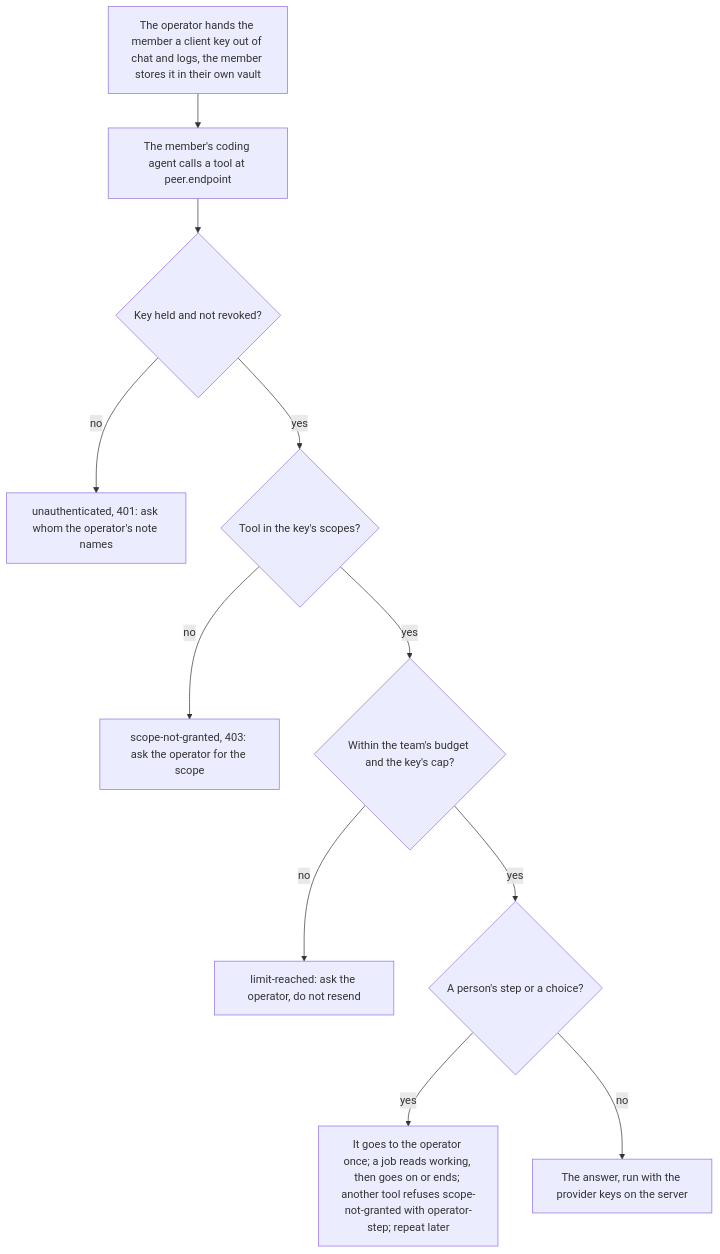
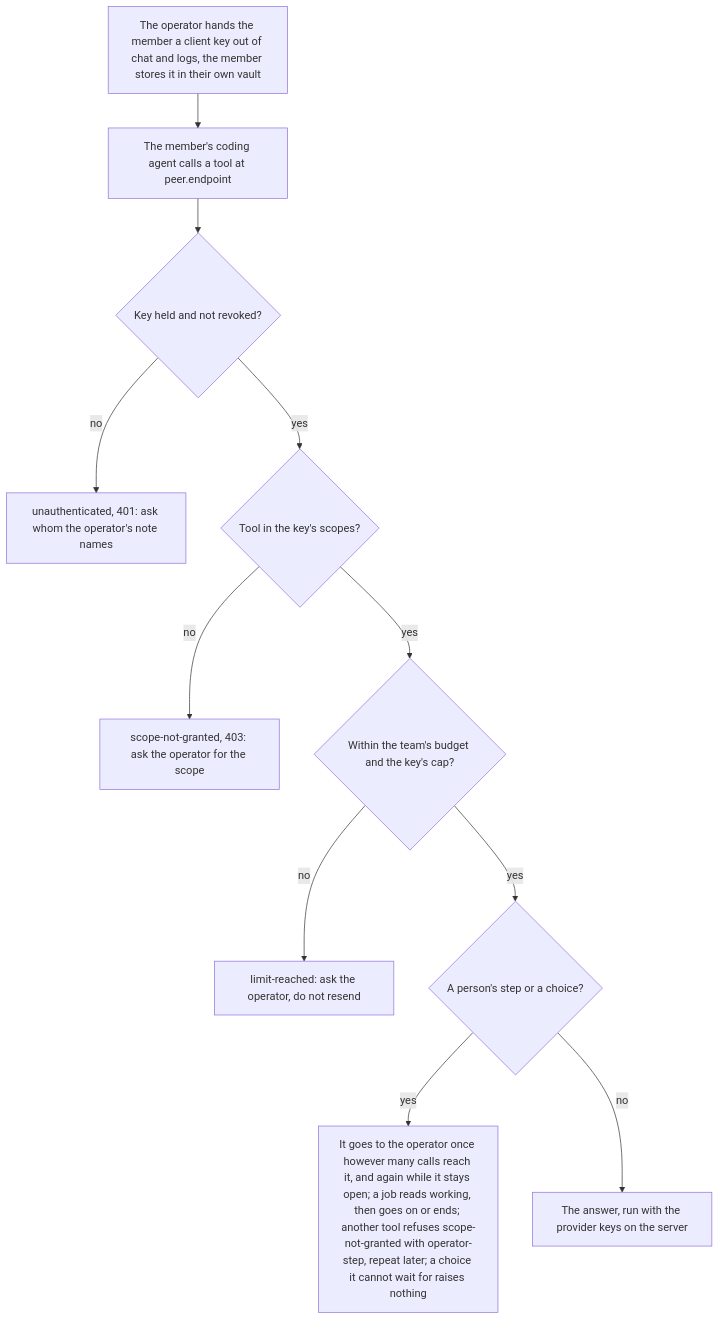
Diagram 35 of 36 in docs/ux/flows.md (passioncode-ai/fabric-agent-contract), drawn with Mermaid before and after one commit. The commit also changed other lines of this file and 8 other files, not shown here.

First line of the commit message:
DEC-0159 round 15 folded: a final issuer-unavailable only without an issuer, a step raised again while open, a member-key job ends without the key

````diff
--- a/docs/ux/flows.md
+++ b/docs/ux/flows.md
@@ -941,13 +941,13 @@
 ```mermaid
 flowchart TD
   K[The operator hands the member a client key out of chat and logs, the member stores it in their own vault] --> C[The member's coding agent calls a tool at peer.endpoint]
   C --> H{Key held and not revoked?}
   H -->|no| U[unauthenticated, 401: ask whom the operator's note names]
   H -->|yes| S{Tool in the key's scopes?}
   S -->|no| G[scope-not-granted, 403: ask the operator for the scope]
   S -->|yes| L{Within the team's budget and the key's cap?}
   L -->|no| M[limit-reached: ask the operator, do not resend]
   L -->|yes| O{A person's step or a choice?}
-  O -->|yes| R[It goes to the operator once; a job reads working, then goes on or ends; another tool refuses scope-not-granted with operator-step; repeat later]
+  O -->|yes| R[It goes to the operator once however many calls reach it, and again while it stays open; a job reads working, then goes on or ends; another tool refuses scope-not-granted with operator-step, repeat later; a choice it cannot wait for raises nothing]
   O -->|no| A[The answer, run with the provider keys on the server]
 ```
````
